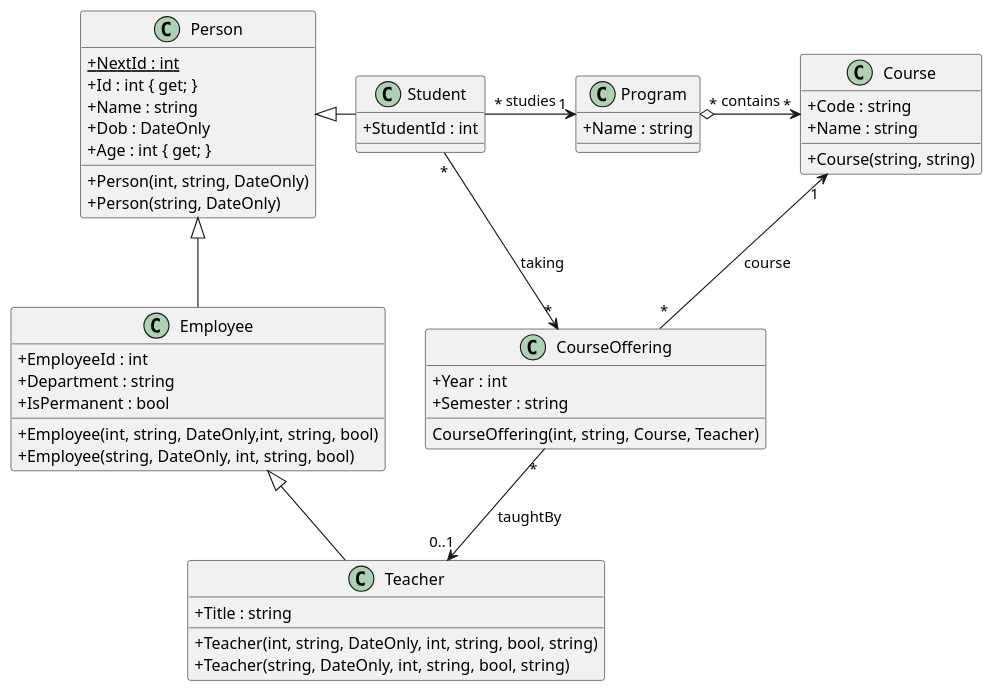
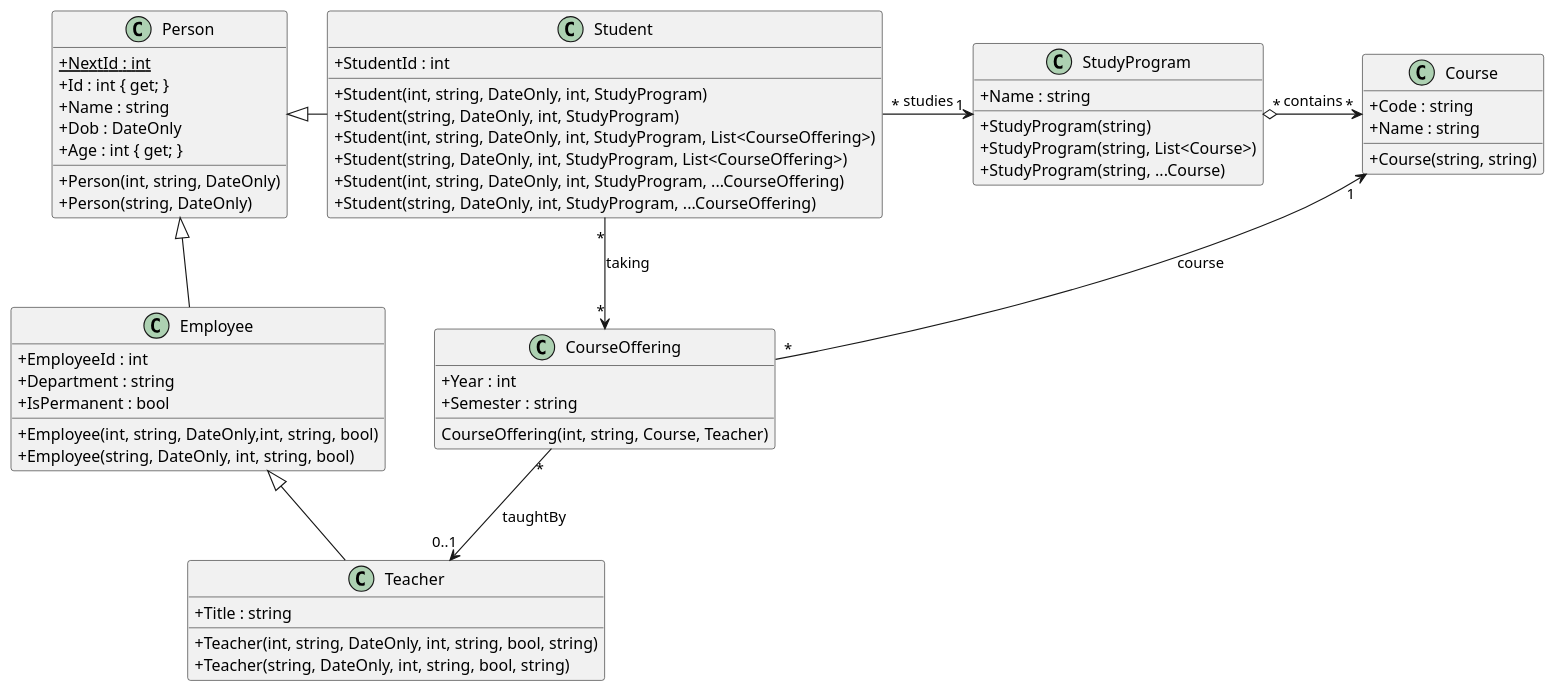
The diagram in CollegeLib/CollegeLib.md (drinfret-cshawi/1SY-Analyse-Objet), drawn with PlantUML before and after one commit. The commit also changed other lines of this file and 11 other files, not shown here.

`````diff
--- a/CollegeLib/CollegeLib.md
+++ b/CollegeLib/CollegeLib.md
@@ -5,58 +5,67 @@
 ````plantuml
 @startuml
 skinparam classAttributeIconSize 0
 
 class Person {
     {static} +NextId : int
     +Id : int { get; }
     +Name : string
     +Dob : DateOnly
     +Age : int { get; }
     +Person(int, string, DateOnly)
     +Person(string, DateOnly)
 }
 
 class Employee {
     +EmployeeId : int
     +Department : string
     +IsPermanent : bool
     +Employee(int, string, DateOnly,int, string, bool) 
     +Employee(string, DateOnly, int, string, bool) 
 }
 Person <|-- Employee
 
 class Teacher {
     +Title : string
     +Teacher(int, string, DateOnly, int, string, bool, string)
     +Teacher(string, DateOnly, int, string, bool, string)
 }
 Employee <|-- Teacher
 CourseOffering "*" --> "0..1" Teacher : taughtBy
 
 class Course {
     +Code : string
     +Name : string
     +Course(string, string)
 }
 
 class CourseOffering {
     +Year : int
     +Semester : string
     CourseOffering(int, string, Course, Teacher)
 }
 Course "1" <-- "*" CourseOffering : course
 
 
 class Student {
     +StudentId : int
+    +Student(int, string, DateOnly, int, StudyProgram)
+    +Student(string, DateOnly, int, StudyProgram)
+    +Student(int, string, DateOnly, int, StudyProgram, List<CourseOffering>)
+    +Student(string, DateOnly, int, StudyProgram, List<CourseOffering>)
+    +Student(int, string, DateOnly, int, StudyProgram, ...CourseOffering)
+    +Student(string, DateOnly, int, StudyProgram, ...CourseOffering)
 }
 Person <|- Student
-Student "*" -> "1" Program : studies
+Student "*" -> "1" StudyProgram : studies
 Student "*" --> "*" CourseOffering : taking
 
-class Program {
+class StudyProgram {
     +Name : string
+    +StudyProgram(string)
+    +StudyProgram(string, List<Course>)
+    +StudyProgram(string, ...Course)
 }
-Program "*" o-> "*" Course : contains
+StudyProgram "*" o-> "*" Course : contains
 @enduml
 ````
`````
